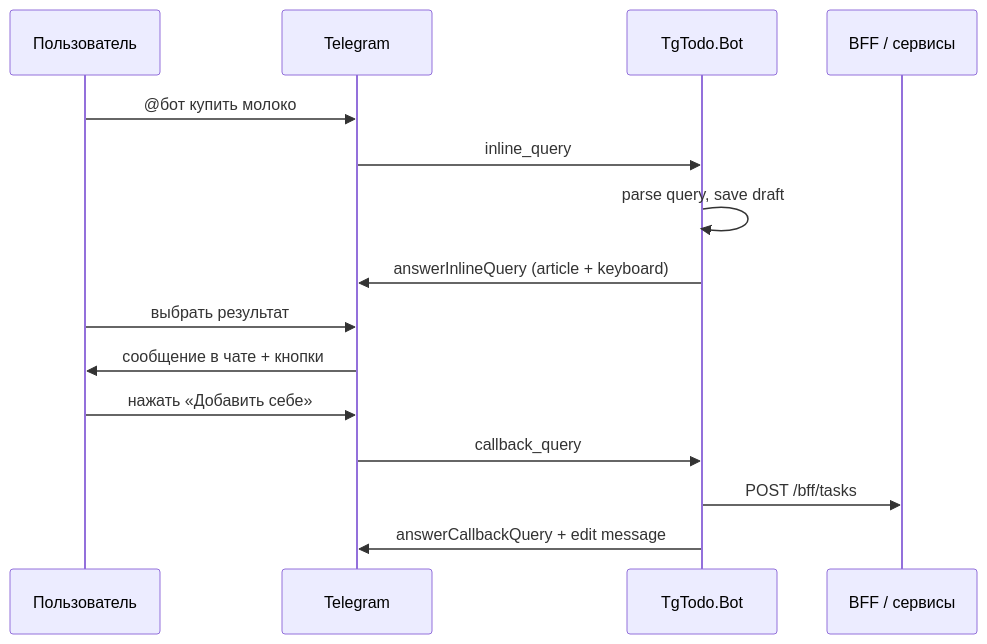
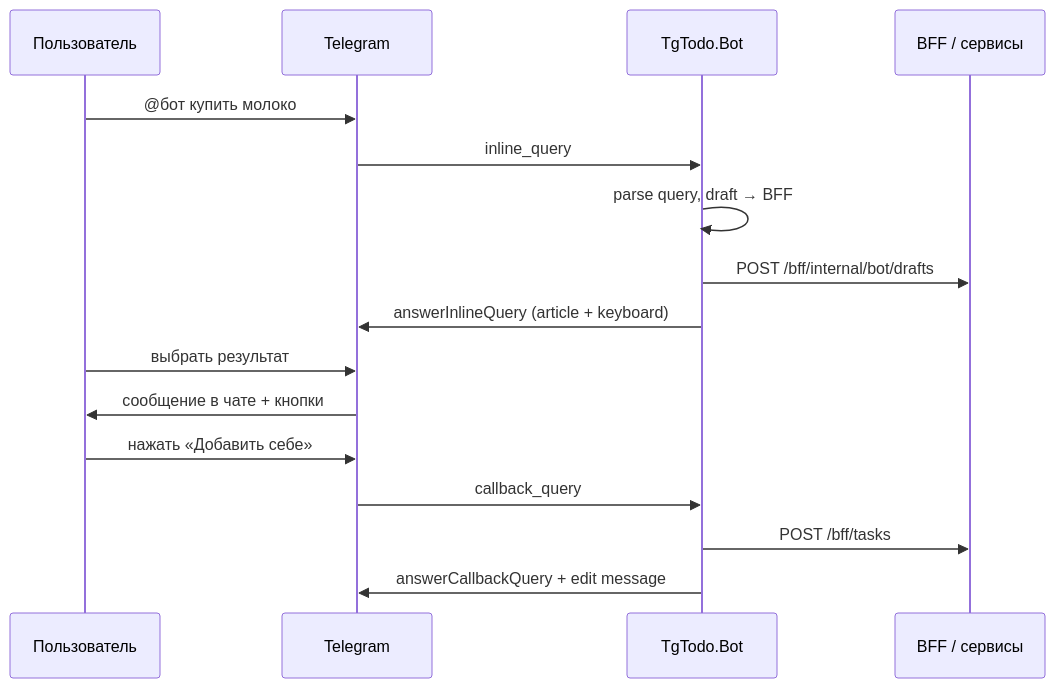
The diagram in docs/BOT.md (FelhageDike/TelegramTodoApp), drawn with Mermaid before and after one commit. The commit also changed other lines of this file and 25 other files, not shown here.

````diff
--- a/docs/BOT.md
+++ b/docs/BOT.md
@@ -106,18 +107,19 @@
 ```mermaid
 sequenceDiagram
     participant U as Пользователь
     participant TG as Telegram
     participant B as TgTodo.Bot
     participant API as BFF / сервисы
 
     U->>TG: @бот купить молоко
     TG->>B: inline_query
-    B->>B: parse query, save draft
+    B->>B: parse query, draft → BFF
+    B->>API: POST /bff/internal/bot/drafts
     B->>TG: answerInlineQuery (article + keyboard)
     U->>TG: выбрать результат
     TG->>U: сообщение в чате + кнопки
     U->>TG: нажать «Добавить себе»
     TG->>B: callback_query
     B->>API: POST /bff/tasks
     B->>TG: answerCallbackQuery + edit message
 ```
````
